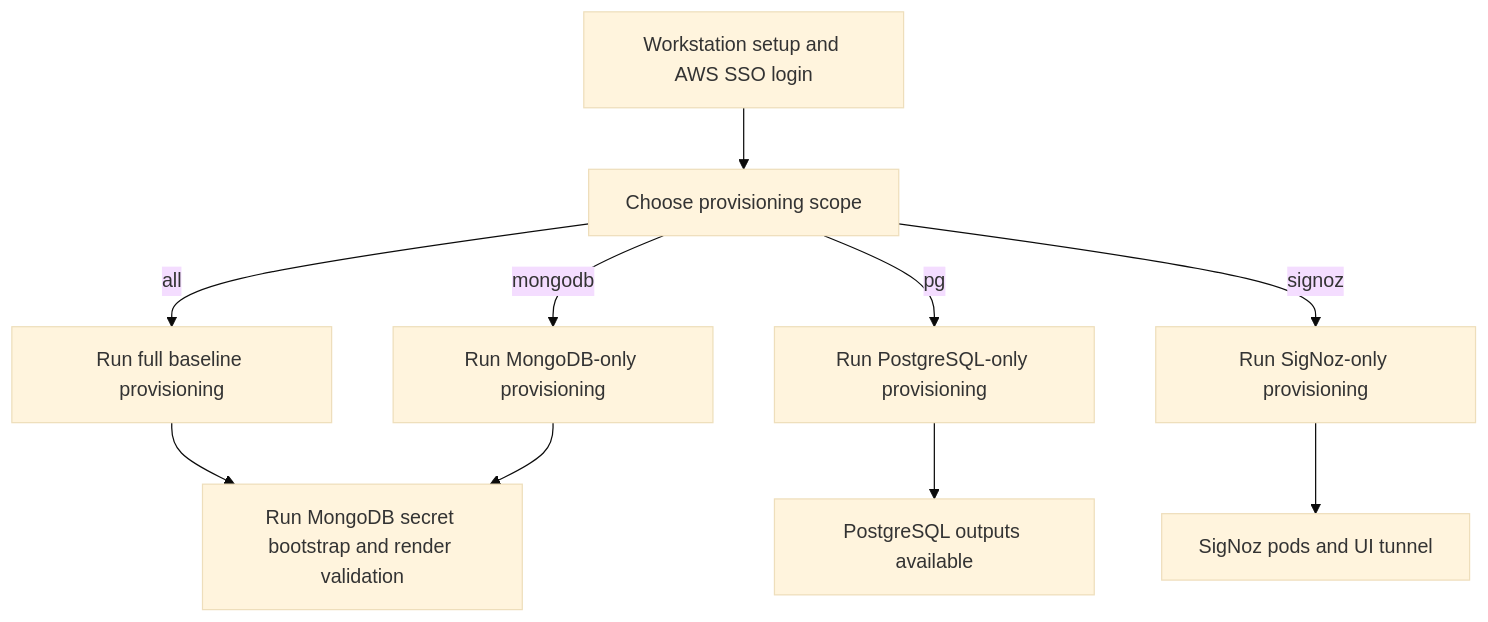
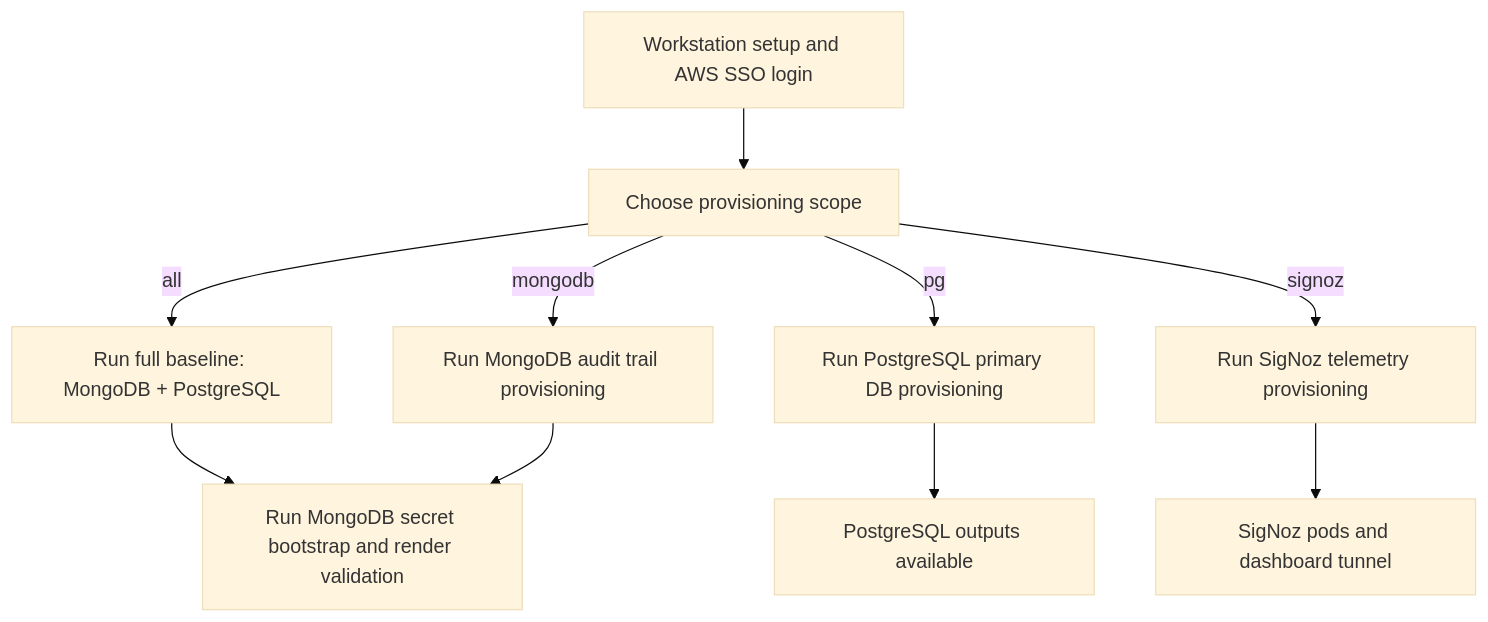
Before and after one commit to sml-global/mongodb: the diagram in README.md, drawn with Mermaid (base theme). The commit also changed other lines of this file and 2 other files, not shown here.

First line of the commit message:
docs: add OMS business context, remove 'optional' from SigNoz

````diff
--- a/README.md
+++ b/README.md
@@ -31,12 +37,12 @@
 ```mermaid
 flowchart TD
   A[Workstation setup and AWS SSO login] --> B[Choose provisioning scope]
-  B -->|all| C[Run full baseline provisioning]
-  B -->|mongodb| D[Run MongoDB-only provisioning]
-  B -->|pg| E[Run PostgreSQL-only provisioning]
-  B -->|signoz| F[Run SigNoz-only provisioning]
+  B -->|all| C[Run full baseline: MongoDB + PostgreSQL]
+  B -->|mongodb| D[Run MongoDB audit trail provisioning]
+  B -->|pg| E[Run PostgreSQL primary DB provisioning]
+  B -->|signoz| F[Run SigNoz telemetry provisioning]
   C --> G[Run MongoDB secret bootstrap and render validation]
   D --> G
   E --> H[PostgreSQL outputs available]
-  F --> I[SigNoz pods and UI tunnel]
+  F --> I[SigNoz pods and dashboard tunnel]
 ```
````
